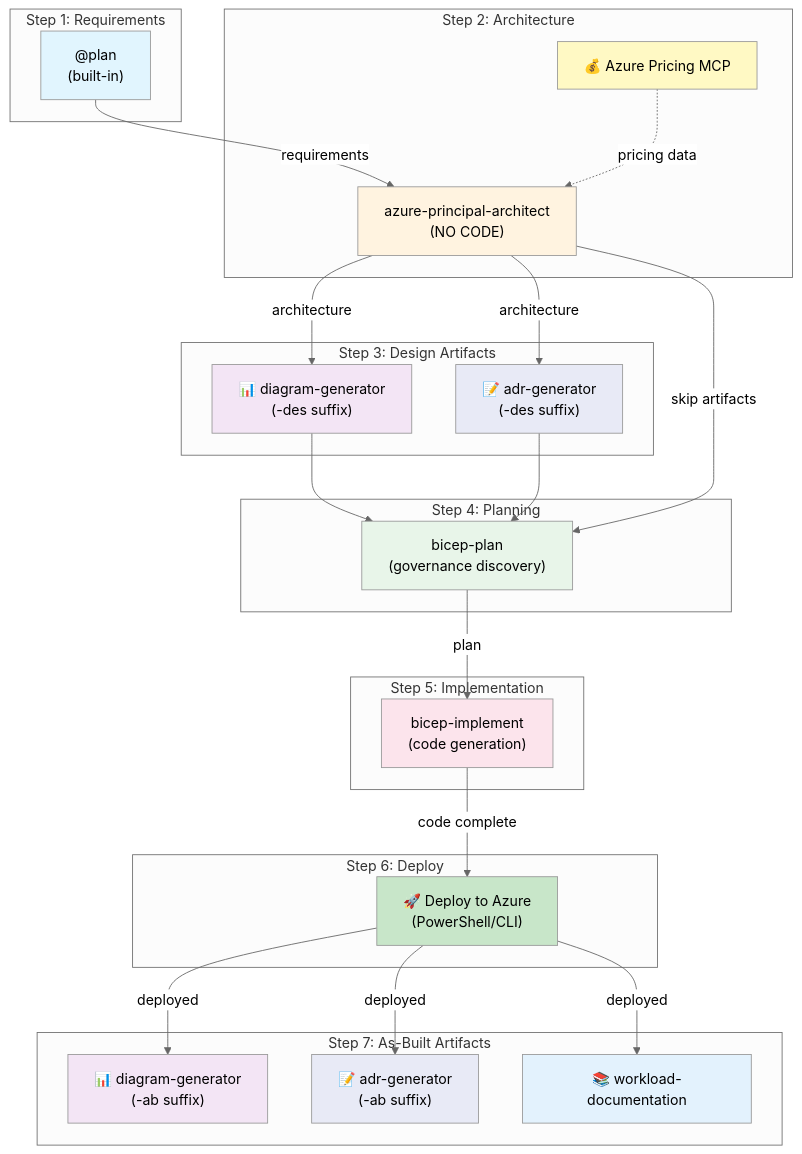
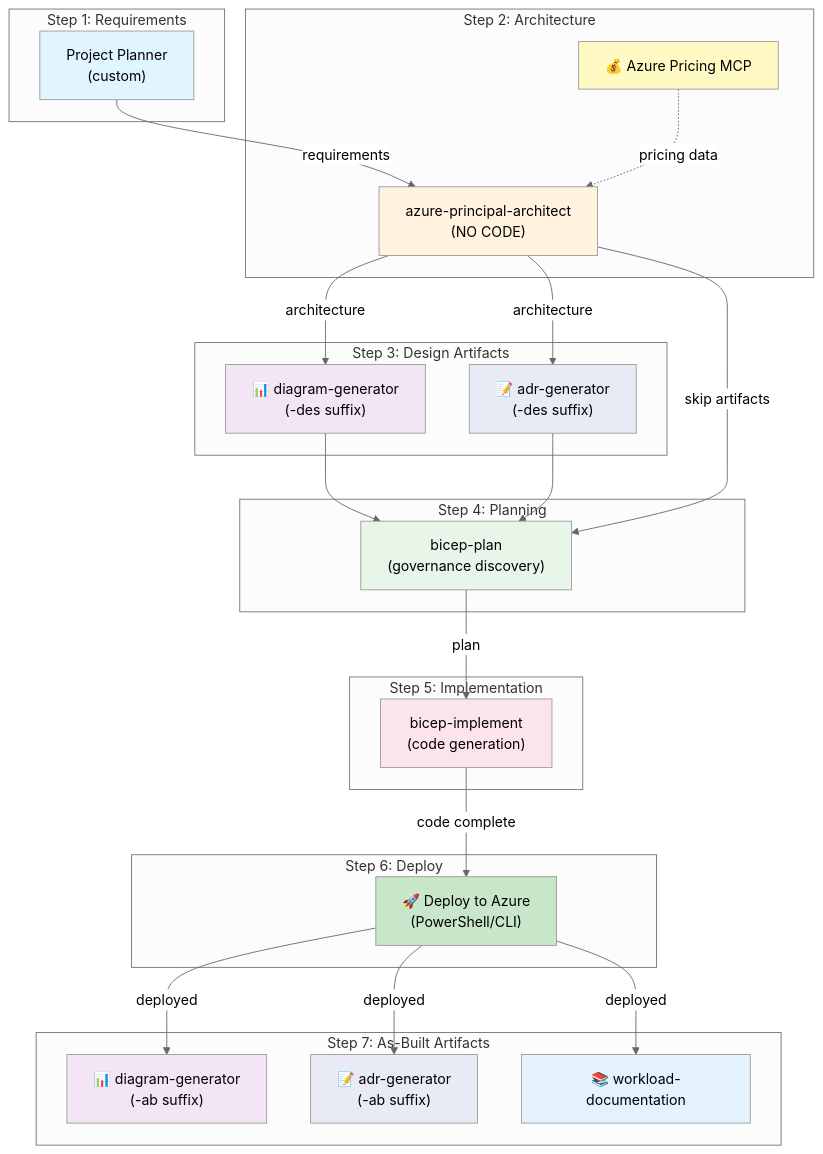
One commit to StormyDevil/azure-agentic-infraops changed the first of 2 diagrams in docs/reference/workflow.md. Above: the diagram before and after it, drawn with Mermaid. The commit also changed 42 other files, not shown here.

First line of the commit message:
docs: rename @plan agent to Project Planner across repository

````diff
--- a/docs/reference/workflow.md
+++ b/docs/reference/workflow.md
@@ -12,60 +12,60 @@
 ```mermaid
 %%{init: {'theme':'neutral'}}%%
 graph TB
     subgraph "Step 1: Requirements"
-        P["@plan<br/>(built-in)"]
+        P["Project Planner<br/>(custom)"]
     end
 
     subgraph "Step 2: Architecture"
         A["azure-principal-architect<br/>(NO CODE)"]
         MCP["💰 Azure Pricing MCP"]
     end
 
     subgraph "Step 3: Design Artifacts"
         D["📊 diagram-generator<br/>(-des suffix)"]
         ADR1["📝 adr-generator<br/>(-des suffix)"]
     end
 
     subgraph "Step 4: Planning"
         B["bicep-plan<br/>(governance discovery)"]
     end
 
     subgraph "Step 5: Implementation"
         I["bicep-implement<br/>(code generation)"]
     end
 
     subgraph "Step 6: Deploy"
         DEP["🚀 Deploy to Azure<br/>(PowerShell/CLI)"]
     end
 
     subgraph "Step 7: As-Built Artifacts"
         D2["📊 diagram-generator<br/>(-ab suffix)"]
         ADR2["📝 adr-generator<br/>(-ab suffix)"]
         WL["📚 workload-documentation"]
     end
 
     P -->|"requirements"| A
     MCP -.->|"pricing data"| A
     A -->|"architecture"| D
     A -->|"architecture"| ADR1
     D --> B
     ADR1 --> B
     A -->|"skip artifacts"| B
     B -->|"plan"| I
     I -->|"code complete"| DEP
     DEP -->|"deployed"| D2
     DEP -->|"deployed"| ADR2
     DEP -->|"deployed"| WL
 
     style P fill:#e1f5fe
     style A fill:#fff3e0
     style MCP fill:#fff9c4
     style D fill:#f3e5f5
     style ADR1 fill:#e8eaf6
     style B fill:#e8f5e9
     style I fill:#fce4ec
     style DEP fill:#c8e6c9
     style D2 fill:#f3e5f5
     style ADR2 fill:#e8eaf6
     style WL fill:#e3f2fd
 ```
````
